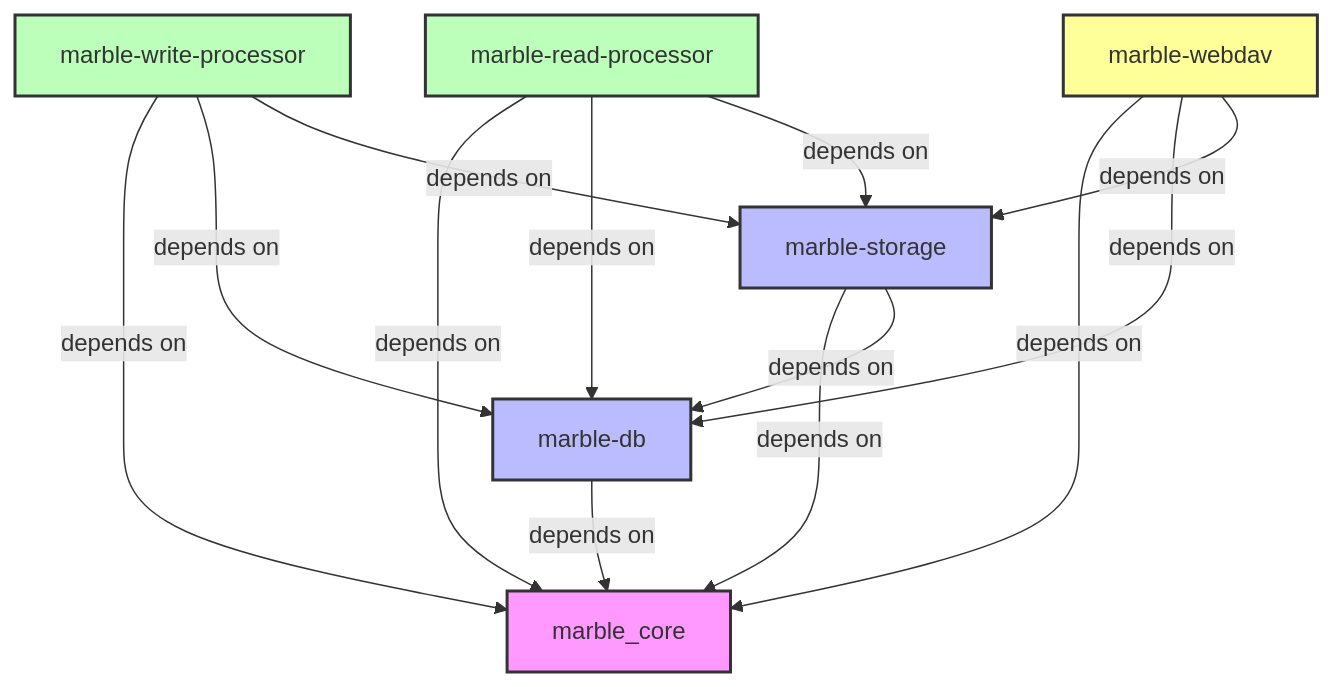
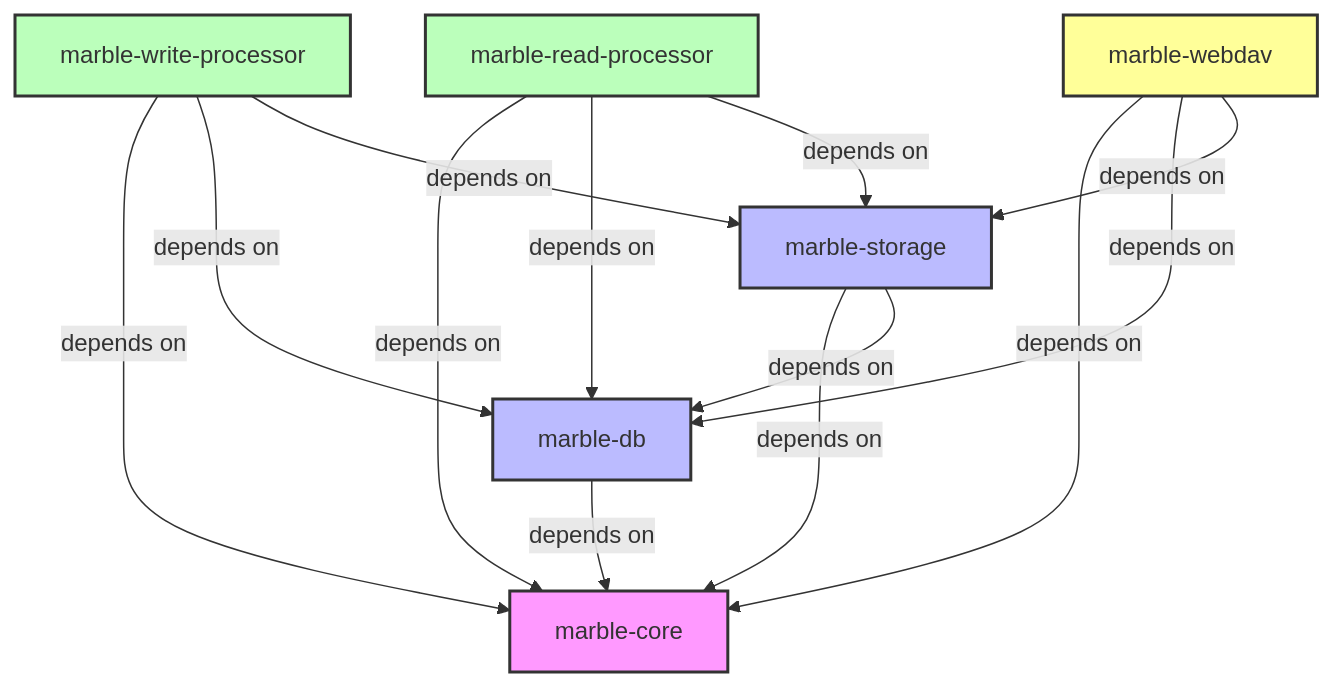
One commit to alari/marble-next changed the diagram in spec/crate_dependencies.md. Above: the diagram before and after it, drawn with Mermaid. The commit also changed other lines of this file and 13 other files, not shown here.

````diff
--- a/spec/crate_dependencies.md
+++ b/spec/crate_dependencies.md
@@ -7,35 +7,35 @@
 ```mermaid
 graph TD
-    Core[marble_core]
+    Core[marble-core]
     DB[marble-db]
     Storage[marble-storage]
     WriteProc[marble-write-processor]
     ReadProc[marble-read-processor]
     WebDAV[marble-webdav]
     
     DB -->|depends on| Core
     Storage -->|depends on| Core
     Storage -->|depends on| DB
     
     WriteProc -->|depends on| Core
     WriteProc -->|depends on| DB
     WriteProc -->|depends on| Storage
     
     ReadProc -->|depends on| Core
     ReadProc -->|depends on| DB
     ReadProc -->|depends on| Storage
     
     WebDAV -->|depends on| Core
     WebDAV -->|depends on| DB
     WebDAV -->|depends on| Storage
     
     classDef core fill:#f9f,stroke:#333,stroke-width:2px;
     classDef infra fill:#bbf,stroke:#333,stroke-width:2px;
     classDef proc fill:#bfb,stroke:#333,stroke-width:2px;
     classDef bin fill:#ff9,stroke:#333,stroke-width:2px;
     
     class Core core;
     class DB,Storage infra;
     class WriteProc,ReadProc proc;
     class WebDAV bin;
 ```
````
